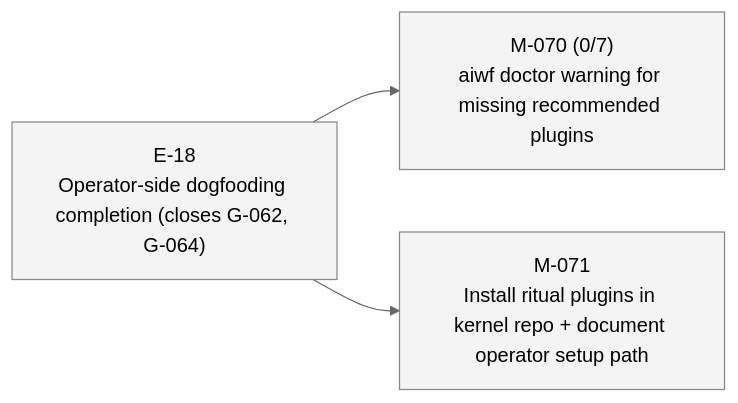
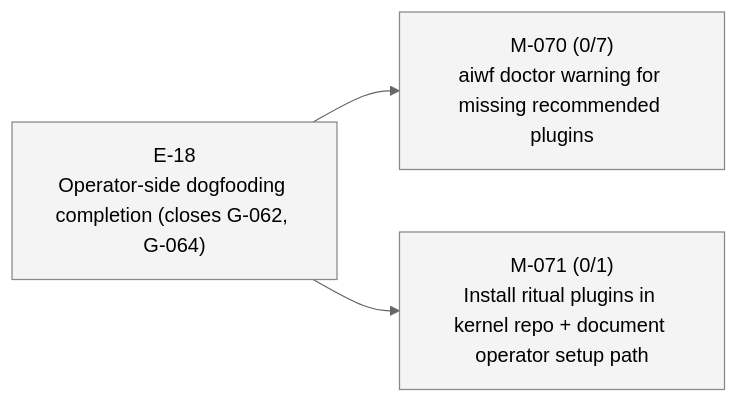
Before and after one commit to 23min/aiwf: the fourth of 4 diagrams in STATUS.md, drawn with Mermaid (neutral theme). The commit also changed other lines of this file and 1 other file, not shown here.

````diff
--- a/STATUS.md
+++ b/STATUS.md
@@ -80,14 +80,14 @@
 ```mermaid
 flowchart LR
   E_18["E-18<br/>Operator-side dogfooding completion (closes G-062, G-064)"]:::epic_proposed
   M_070["M-070 (0/7)<br/>aiwf doctor warning for missing recommended plugins"]:::ms_draft
   E_18 --> M_070
-  M_071["M-071<br/>Install ritual plugins in kernel repo + document operator setup path"]:::ms_draft
+  M_071["M-071 (0/1)<br/>Install ritual plugins in kernel repo + document operator setup path"]:::ms_draft
   E_18 --> M_071
   classDef epic_active fill:#d6eaff,stroke:#1a73e8,color:#000
   classDef epic_proposed fill:#f4f4f4,stroke:#888,color:#000
   classDef ms_done fill:#d8f5d8,stroke:#2a8a2a,color:#000
   classDef ms_in_progress fill:#fff3c4,stroke:#caa400,color:#000
   classDef ms_draft fill:#f4f4f4,stroke:#888,color:#000
   classDef ms_cancelled fill:#fbeaea,stroke:#c33,color:#000
 ```
````
